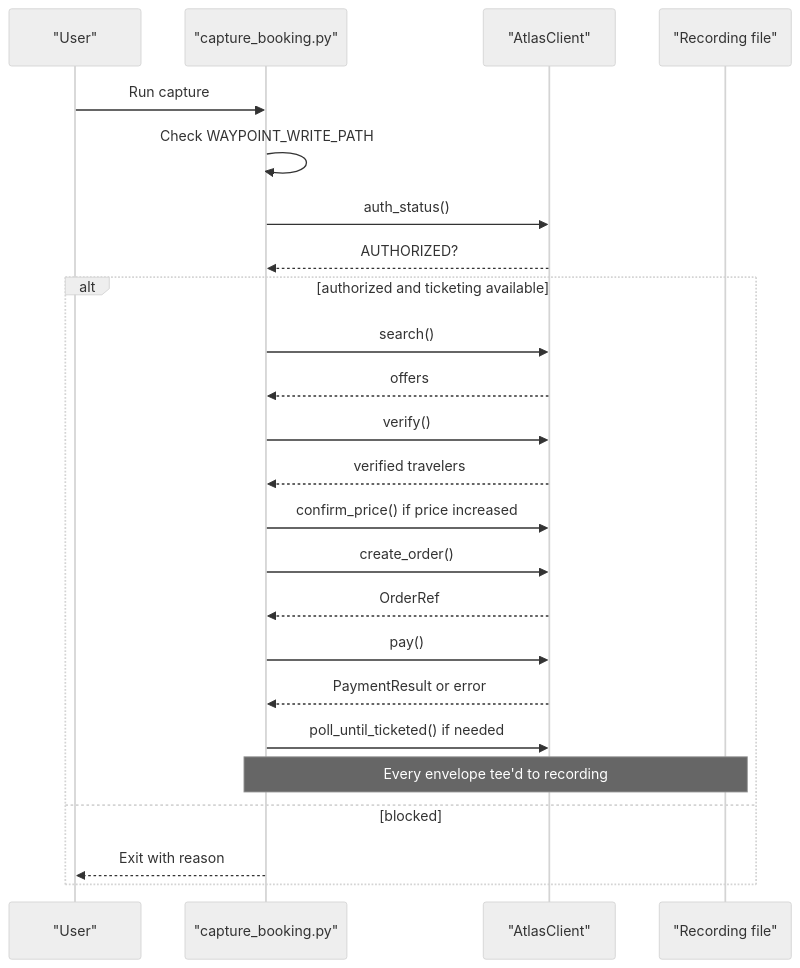
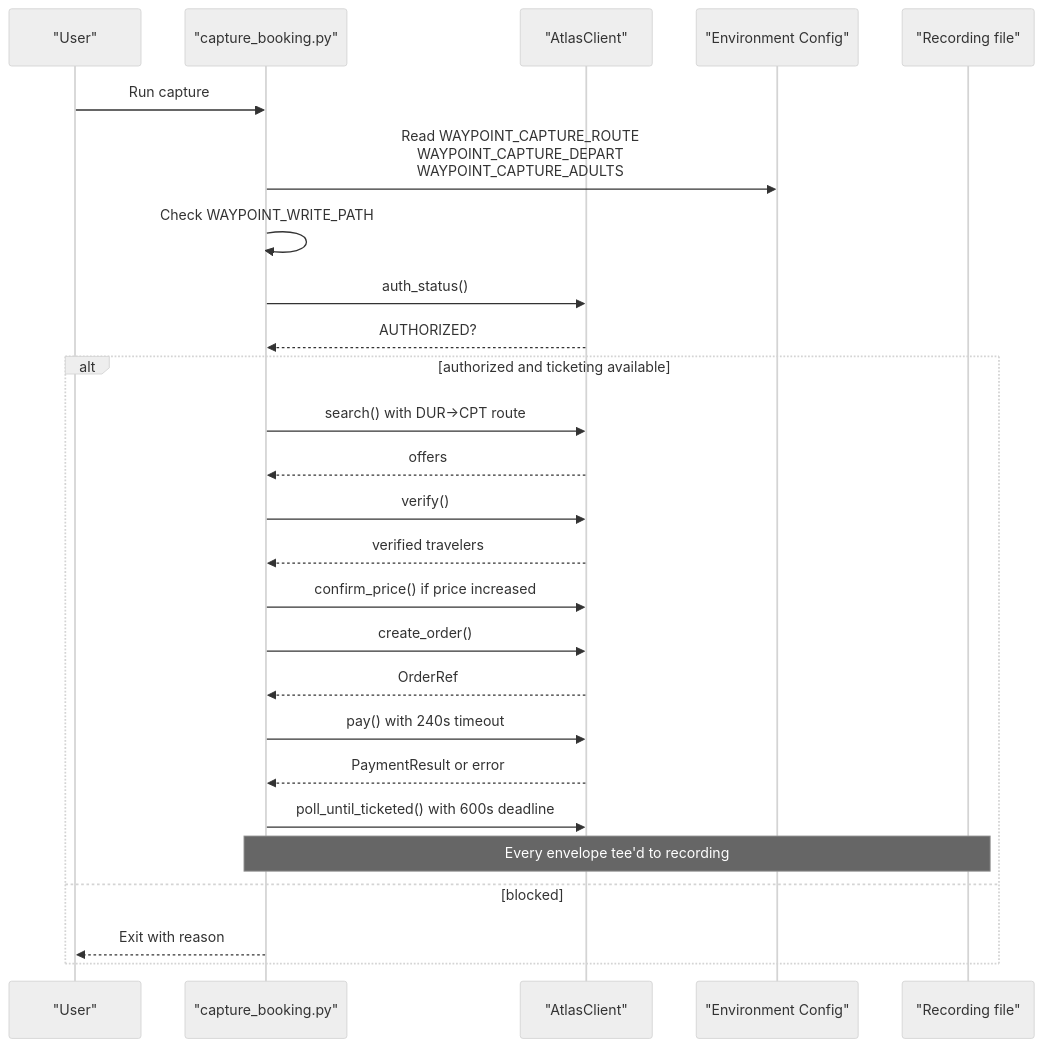
One commit to jaydonnnk/waypoint changed the fourth of 7 diagrams in .qoder/repowiki/en/content/Atlas Integration/Recorded Mode Engine.md. Above: the diagram before and after it, drawn with Mermaid (neutral theme). The commit also changed other lines of this file and 14 other files, not shown here.

````diff
--- a/.qoder/repowiki/en/content/Atlas Integration/Recorded Mode Engine.md
+++ b/.qoder/repowiki/en/content/Atlas Integration/Recorded Mode Engine.md
@@ -221,26 +244,28 @@
 ```mermaid
 sequenceDiagram
 participant User as "User"
 participant Cap as "capture_booking.py"
 participant AC as "AtlasClient"
+participant Env as "Environment Config"
 participant Rec as "Recording file"
 User->>Cap : Run capture
+Cap->>Env : Read WAYPOINT_CAPTURE_ROUTE<br/>WAYPOINT_CAPTURE_DEPART<br/>WAYPOINT_CAPTURE_ADULTS
 Cap->>Cap : Check WAYPOINT_WRITE_PATH
 Cap->>AC : auth_status()
 AC-->>Cap : AUTHORIZED?
 alt authorized and ticketing available
-Cap->>AC : search()
+Cap->>AC : search() with DUR->CPT route
 AC-->>Cap : offers
 Cap->>AC : verify()
 AC-->>Cap : verified travelers
 Cap->>AC : confirm_price() if price increased
 Cap->>AC : create_order()
 AC-->>Cap : OrderRef
-Cap->>AC : pay()
+Cap->>AC : pay() with 240s timeout
 AC-->>Cap : PaymentResult or error
-Cap->>AC : poll_until_ticketed() if needed
+Cap->>AC : poll_until_ticketed() with 600s deadline
 Note over Cap,Rec : Every envelope tee'd to recording
 else blocked
 Cap-->>User : Exit with reason
 end
 ```
````
